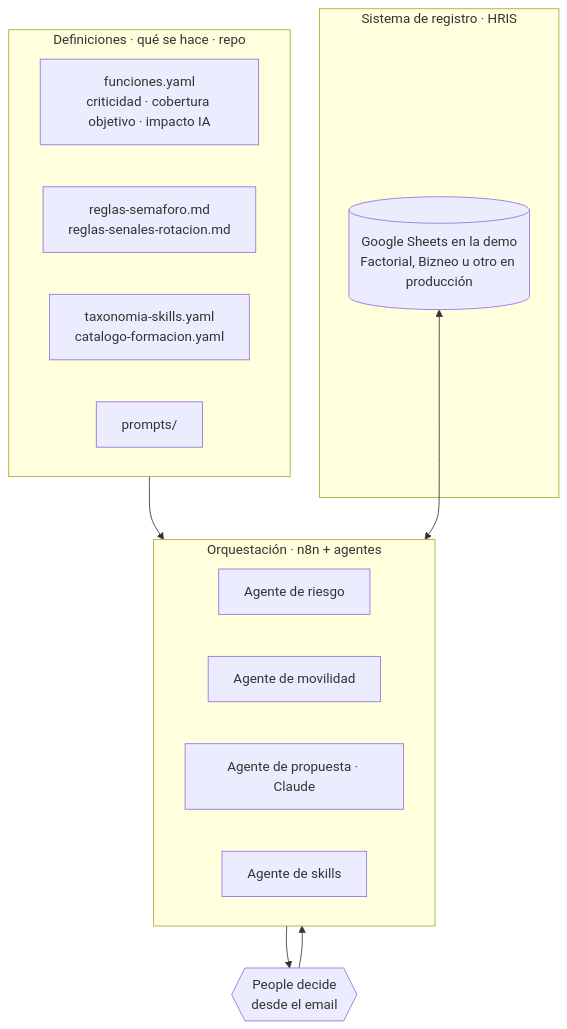
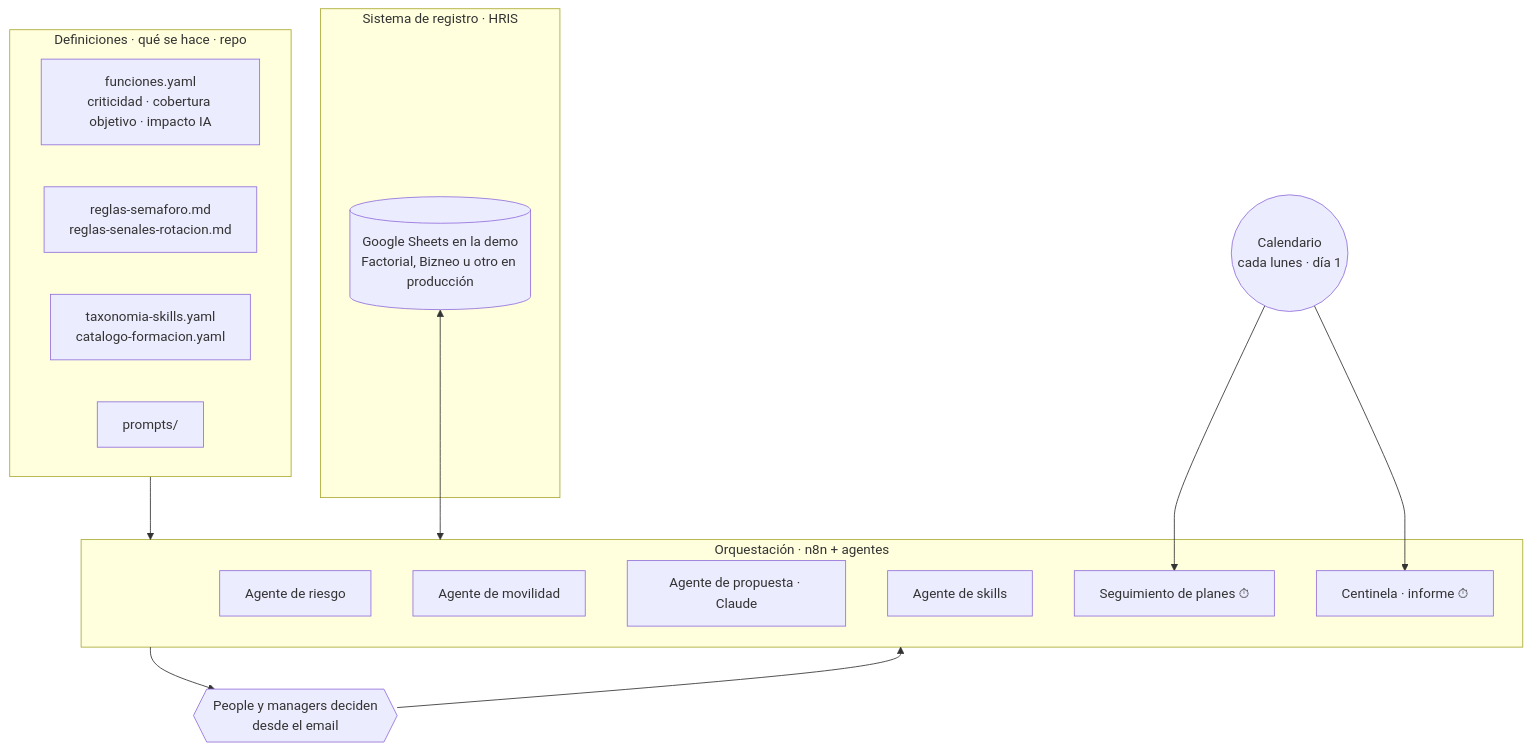
The diagram in README.md (andfermen/People-OS-ACME), drawn with Mermaid before and after one commit. The commit also changed other lines of this file and 26 other files, not shown here.

First line of the commit message:
Agentes que actúan solos: seguimiento de planes y centinela (D-21)

````diff
--- a/README.md
+++ b/README.md
@@ -30,23 +30,28 @@
 ```mermaid
 flowchart TB
   subgraph HRIS["Sistema de registro · HRIS"]
     S[(Google Sheets en la demo<br/>Factorial, Bizneo u otro en producción)]
   end
   subgraph DEF["Definiciones · qué se hace · repo"]
     D1[funciones.yaml<br/>criticidad · cobertura objetivo · impacto IA]
     D2[reglas-semaforo.md<br/>reglas-senales-rotacion.md]
     D3[taxonomia-skills.yaml<br/>catalogo-formacion.yaml]
     D4[prompts/]
   end
   subgraph ORQ["Orquestación · n8n + agentes"]
     A1[Agente de riesgo]
     A2[Agente de movilidad]
     A3[Agente de propuesta · Claude]
     A4[Agente de skills]
+    A5[Seguimiento de planes ⏱]
+    A6[Centinela · informe ⏱]
   end
-  H{{People decide<br/>desde el email}}
+  T((Calendario<br/>cada lunes · día 1))
+  H{{People y managers deciden<br/>desde el email}}
   DEF --> ORQ
   S <--> ORQ
+  T --> A5
+  T --> A6
   ORQ --> H
   H --> ORQ
 ```
````
